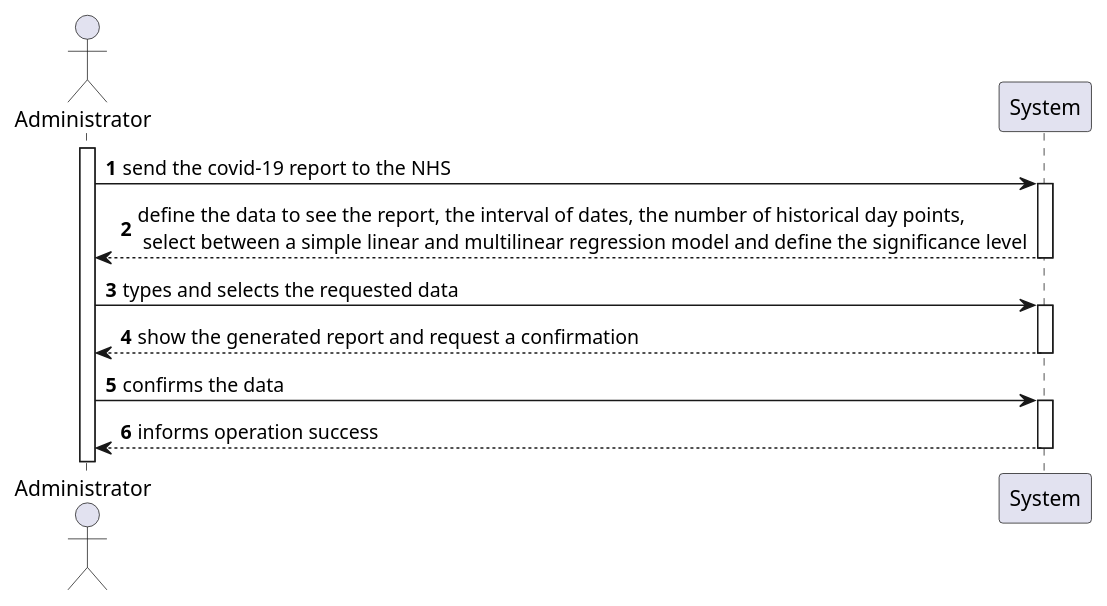
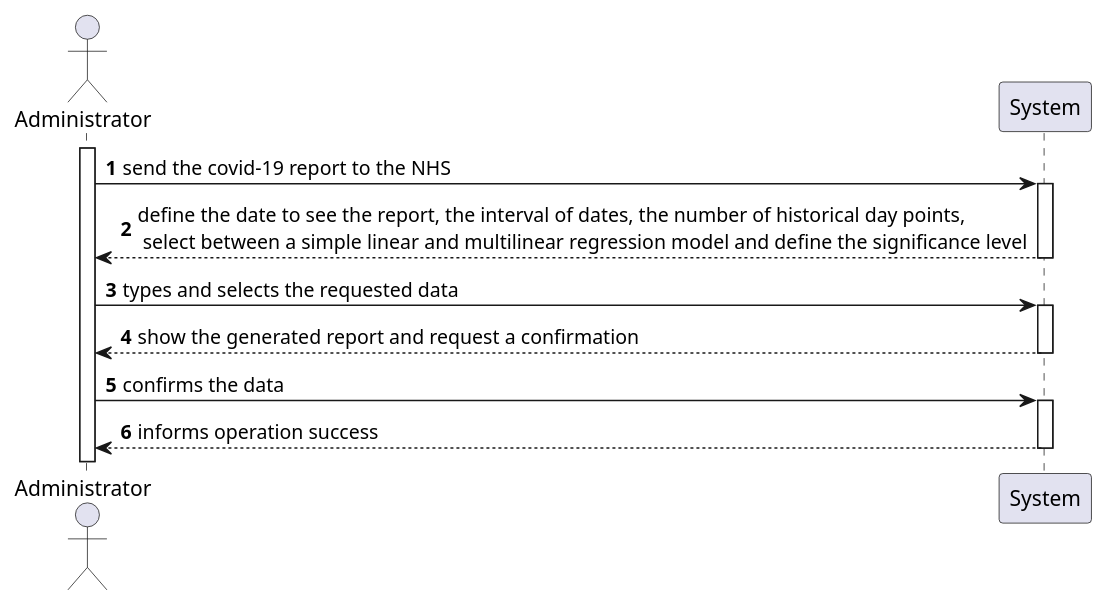
Before and after one commit to 0franciscor/lei-21-s2-1de-g19: the diagram in docs/SprintD/US18/US18-SSD.puml, drawn with PlantUML. The commit also changed 2 other files, not shown here.

```diff
--- a/docs/SprintD/US18/US18-SSD.puml
+++ b/docs/SprintD/US18/US18-SSD.puml
@@ -1,15 +1,15 @@
 @startuml
 'https://plantuml.com/sequence-diagram
 
 autonumber
 
 actor "Administrator" as A
 activate A
 A -> System ++: send the covid-19 report to the NHS
-System -->  A --: define the data to see the report, the interval of dates, the number of historical day points, \n select between a simple linear and multilinear regression model and define the significance level
+System -->  A --: define the date to see the report, the interval of dates, the number of historical day points, \n select between a simple linear and multilinear regression model and define the significance level
 A -> System ++: types and selects the requested data
 System -->  A --: show the generated report and request a confirmation
 A -> System ++: confirms the data
 System --> A --: informs operation success
 
 @enduml
```
